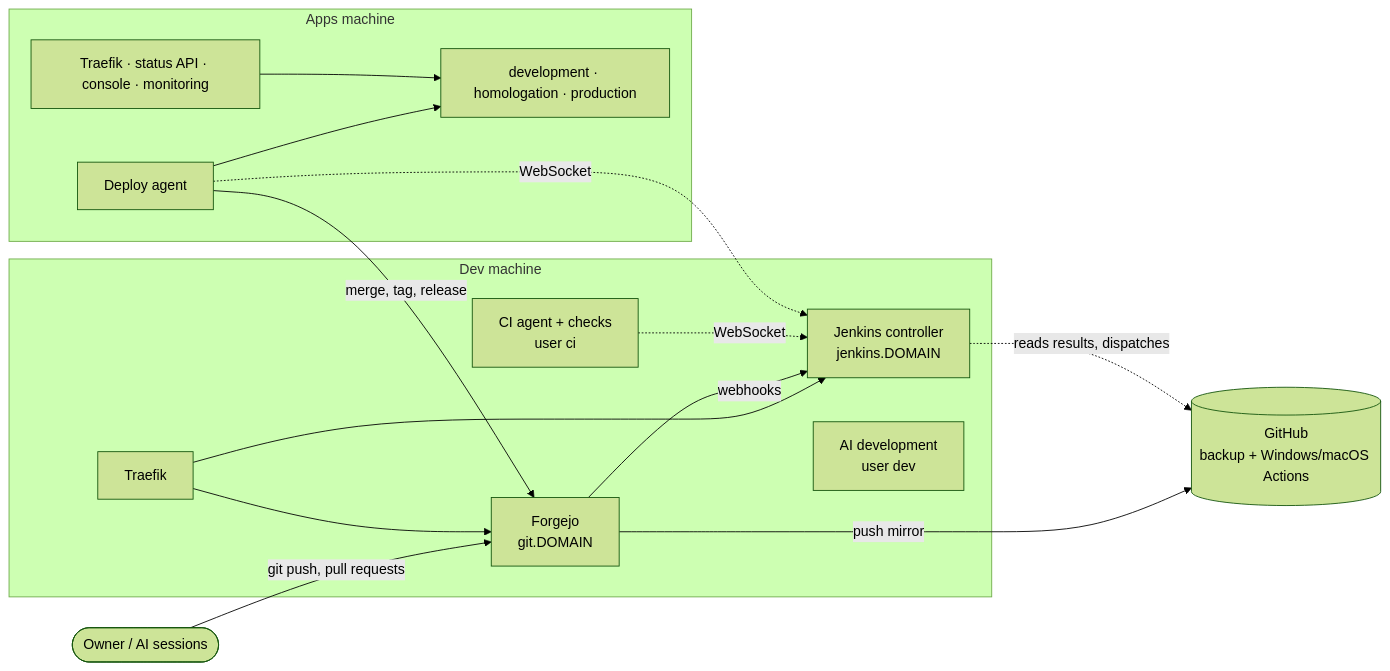
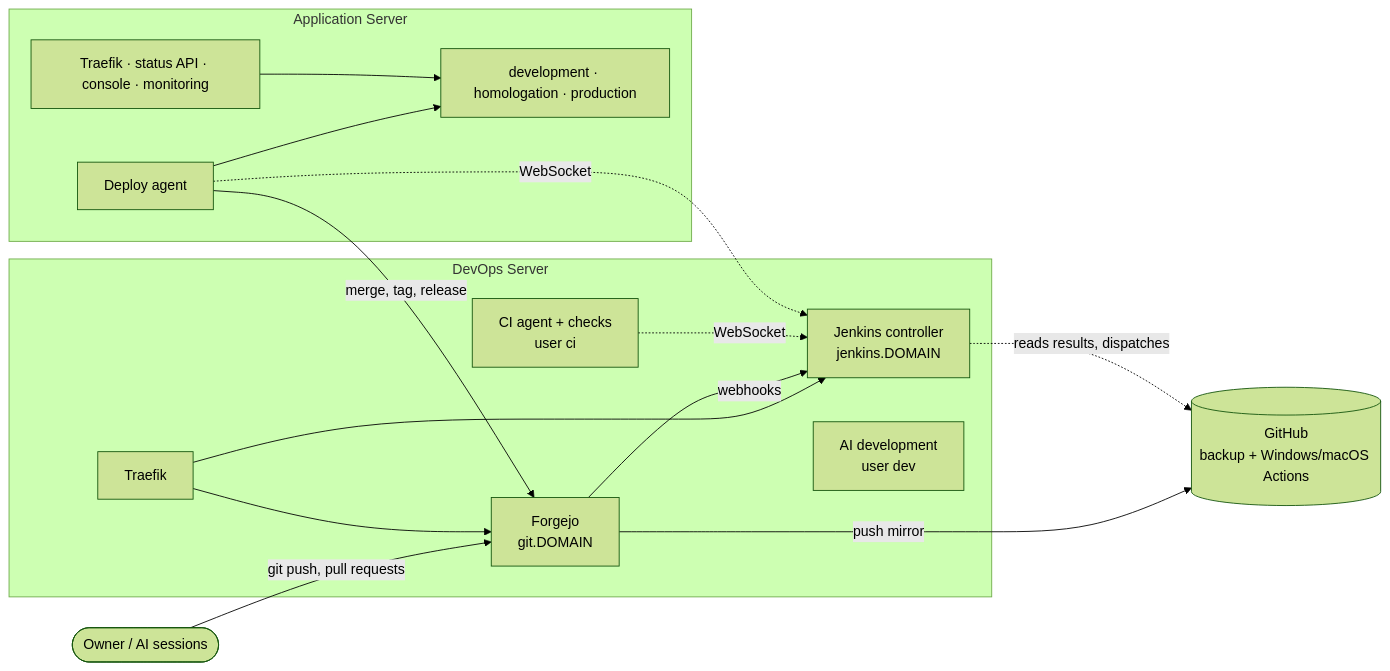
The first of 2 diagrams in docs/hosts.md (artur-rios/yggdrasil), drawn with Mermaid (forest theme) before and after one commit. The commit also changed other lines of this file and 18 other files, not shown here.

````diff
--- a/docs/hosts.md
+++ b/docs/hosts.md
@@ -20,20 +33,20 @@
 ```mermaid
 flowchart LR
     dev([Owner / AI sessions]) -- git push, pull requests --> forgejo
-    subgraph devm [Dev machine]
+    subgraph devm [DevOps Server]
         traefikd[Traefik] --> forgejo[Forgejo<br/>git.DOMAIN]
         traefikd --> jenkins[Jenkins controller<br/>jenkins.DOMAIN]
         ci[CI agent + checks<br/>user ci]
         ai[AI development<br/>user dev]
     end
     forgejo -- webhooks --> jenkins
     forgejo -- push mirror --> gh[(GitHub<br/>backup + Windows/macOS Actions)]
     jenkins -. reads results, dispatches .-> gh
     ci -. WebSocket .-> jenkins
-    subgraph appsm [Apps machine]
+    subgraph appsm [Application Server]
         agent[Deploy agent] --> envs[development · homologation · production]
         traefika[Traefik · status API · console · monitoring] --> envs
     end
     agent -. WebSocket .-> jenkins
     agent -- merge, tag, release --> forgejo
 ```
````
